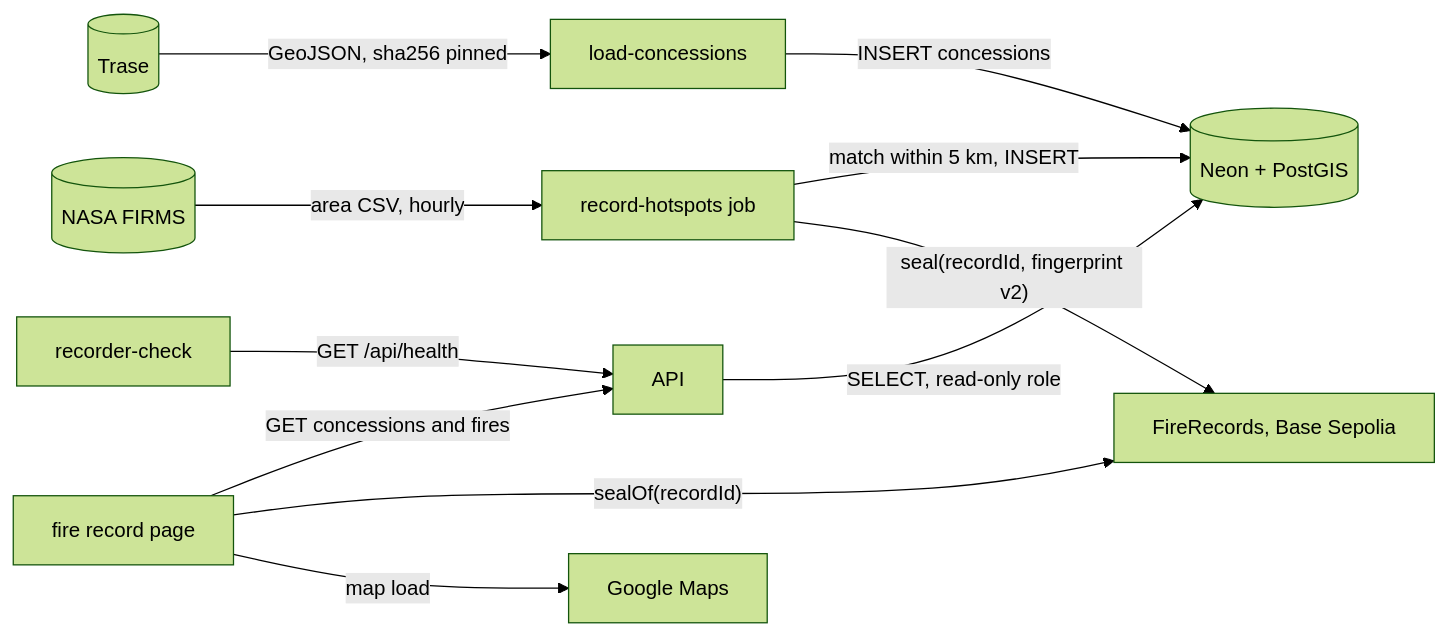
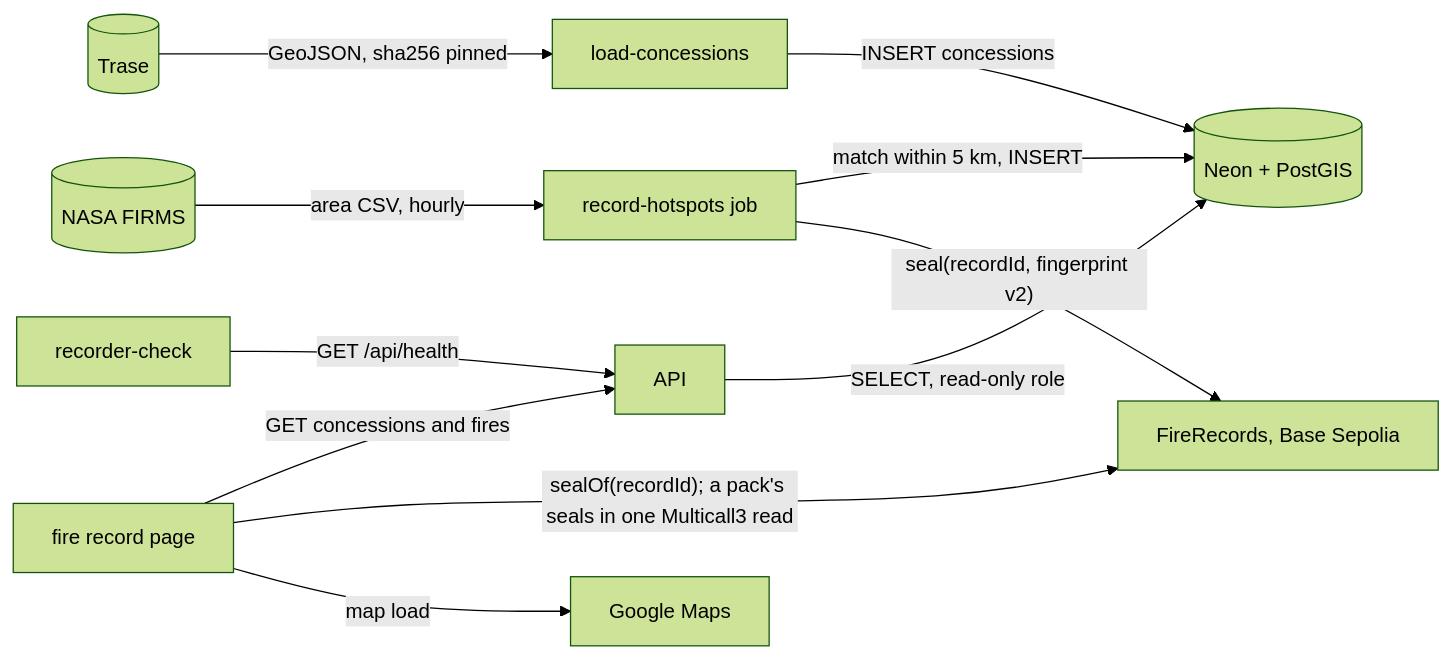
The second of 2 diagrams in docs/ARCHITECTURE.md (dzaffren/fire-watch), drawn with Mermaid (forest theme) before and after one commit. The commit also changed other lines of this file and 3 other files, not shown here.

````diff
--- a/docs/ARCHITECTURE.md
+++ b/docs/ARCHITECTURE.md
@@ -18,13 +18,13 @@
 ```mermaid
 flowchart LR
     F[(NASA FIRMS)] -- "area CSV, hourly" --> R[record-hotspots job]
     T[(Trase)] -- "GeoJSON, sha256 pinned" --> L[load-concessions]
     L -- "INSERT concessions" --> D[(Neon + PostGIS)]
     R -- "match within 5 km, INSERT" --> D
     R -- "seal(recordId, fingerprint v2)" --> C[FireRecords, Base Sepolia]
     A[API] -- "SELECT, read-only role" --> D
     W[fire record page] -- "GET concessions and fires" --> A
-    W -- "sealOf(recordId)" --> C
+    W -- "sealOf(recordId); a pack's seals in one Multicall3 read" --> C
     W -- "map load" --> G[Google Maps]
     K[recorder-check] -- "GET /api/health" --> A
 ```
````
